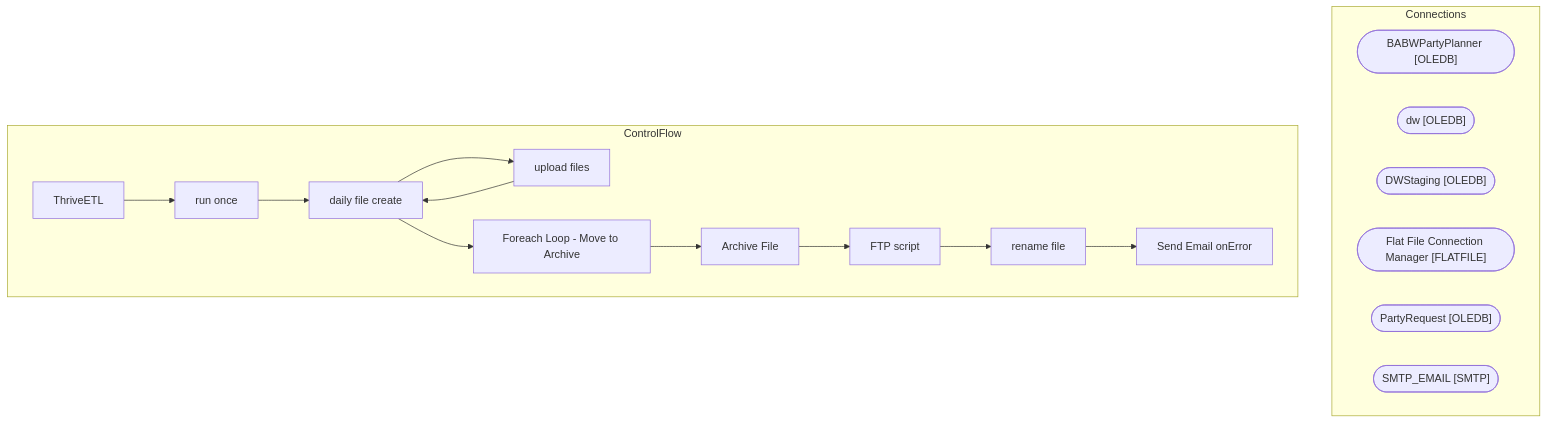
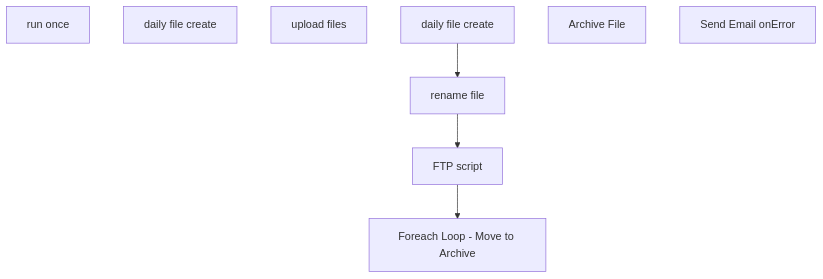
Before and after one commit to juanandresbrain/BABSkills: the diagram in bab-docs-explorer/Documentation/STL-SSIS-P-01/SSIS/CRM/ThriveETL.ThriveETL.md, drawn with Mermaid. The commit also changed other lines of this file and 273 other files, not shown here.

````diff
--- a/bab-docs-explorer/Documentation/STL-SSIS-P-01/SSIS/CRM/ThriveETL.ThriveETL.md
+++ b/bab-docs-explorer/Documentation/STL-SSIS-P-01/SSIS/CRM/ThriveETL.ThriveETL.md
@@ -9,32 +49,15 @@
 ```mermaid
 flowchart TD
-    subgraph Connections
-        BABWPartyPlanner_conn(["BABWPartyPlanner [OLEDB]"])
-        dw_conn(["dw [OLEDB]"])
-        DWStaging_conn(["DWStaging [OLEDB]"])
-        Flat_File_Connection_Manager_conn(["Flat File Connection Manager [FLATFILE]"])
-        PartyRequest_conn(["PartyRequest [OLEDB]"])
-        SMTP_EMAIL_conn(["SMTP_EMAIL [SMTP]"])
-    end
-    subgraph ControlFlow
-        ThriveETL_task["ThriveETL"]
-        run_once_task["run once"]
-        ThriveETL_task --> run_once_task
-        daily_file_create_task["daily file create"]
-        run_once_task --> daily_file_create_task
-        upload_files_task["upload files"]
-        daily_file_create_task --> upload_files_task
-        daily_file_create_task["daily file create"]
-        upload_files_task --> daily_file_create_task
-        Foreach_Loop___Move_to_Archive_task["Foreach Loop - Move to Archive"]
-        daily_file_create_task --> Foreach_Loop___Move_to_Archive_task
-        Archive_File_task["Archive File"]
-        Foreach_Loop___Move_to_Archive_task --> Archive_File_task
-        FTP_script_task["FTP script"]
-        Archive_File_task --> FTP_script_task
-        rename_file_task["rename file"]
-        FTP_script_task --> rename_file_task
-        Send_Email_onError_task["Send Email onError"]
-        rename_file_task --> Send_Email_onError_task
-    end
+    n_Package_run_once["run once"]
+    n_Package_run_once_daily_file_create["daily file create"]
+    n_Package_upload_files["upload files"]
+    n_Package_upload_files_daily_file_create["daily file create"]
+    n_Package_upload_files_Foreach_Loop___Move_to_Archive["Foreach Loop - Move to Archive"]
+    n_Package_upload_files_Foreach_Loop___Move_to_Archive_Archive_File["Archive File"]
+    n_Package_upload_files_FTP_script["FTP script"]
+    n_Package_upload_files_rename_file["rename file"]
+    n_Package_EventHandlers_OnError__Send_Email_onError["Send Email onError"]
+    n_Package_upload_files_FTP_script --> n_Package_upload_files_Foreach_Loop___Move_to_Archive
+    n_Package_upload_files_daily_file_create --> n_Package_upload_files_rename_file
+    n_Package_upload_files_rename_file --> n_Package_upload_files_FTP_script
 ```
````
